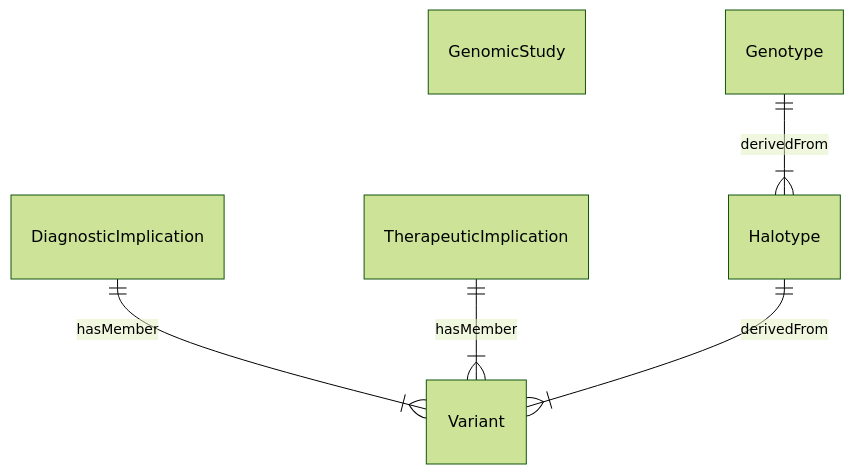
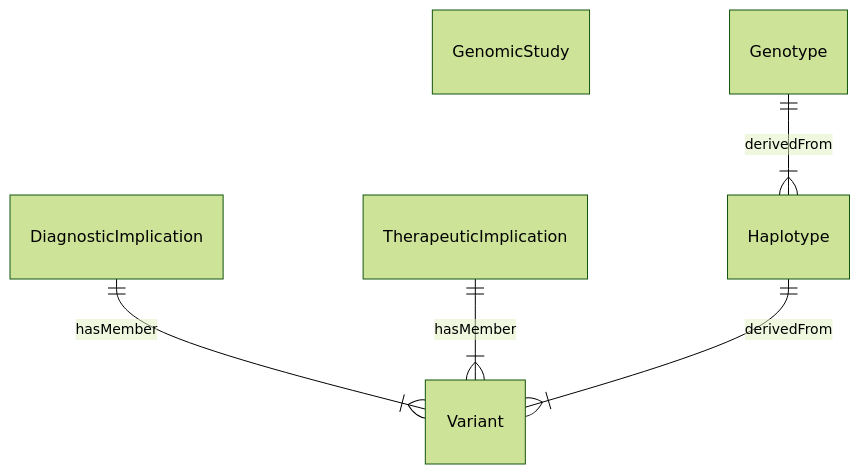
Before and after one commit to nw-gmsa/nw-gmsa.github.com: the second of 2 diagrams in input/pagecontent/StructureDefinition-GenomicObservation-intro.md, drawn with Mermaid (forest theme). The commit also changed other lines of this file and 3 other files, not shown here.

Commit message:
class diagrams

````diff
--- a/input/pagecontent/StructureDefinition-GenomicObservation-intro.md
+++ b/input/pagecontent/StructureDefinition-GenomicObservation-intro.md
@@ -1,16 +22,16 @@
 ```mermaid
 erDiagram
 
 Variant
 DiagnosticImplication
 TherapeuticImplication
 GenomicStudy
 Genotype
-Halotype
+Haplotype
 
 DiagnosticImplication ||--|{ Variant : "hasMember"
 TherapeuticImplication ||--|{ Variant : "hasMember"
 
-Genotype ||--|{ Halotype : "derivedFrom"
-Halotype ||--|{ Variant : "derivedFrom"
+Genotype ||--|{ Haplotype : "derivedFrom"
+Haplotype ||--|{ Variant : "derivedFrom"
 ```
````
